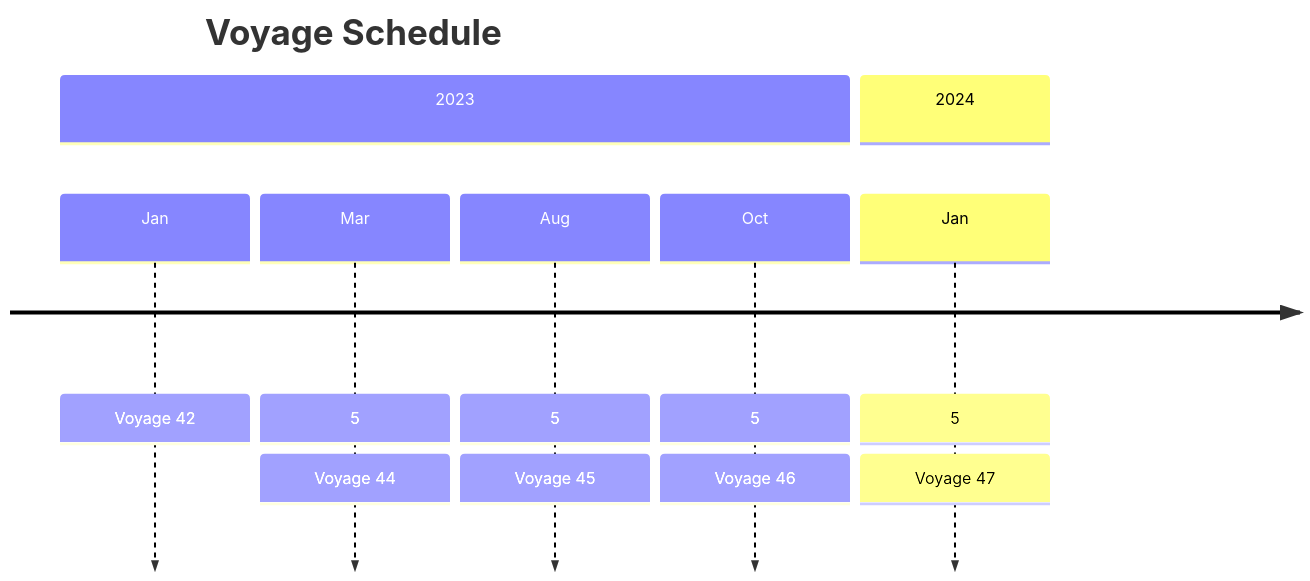
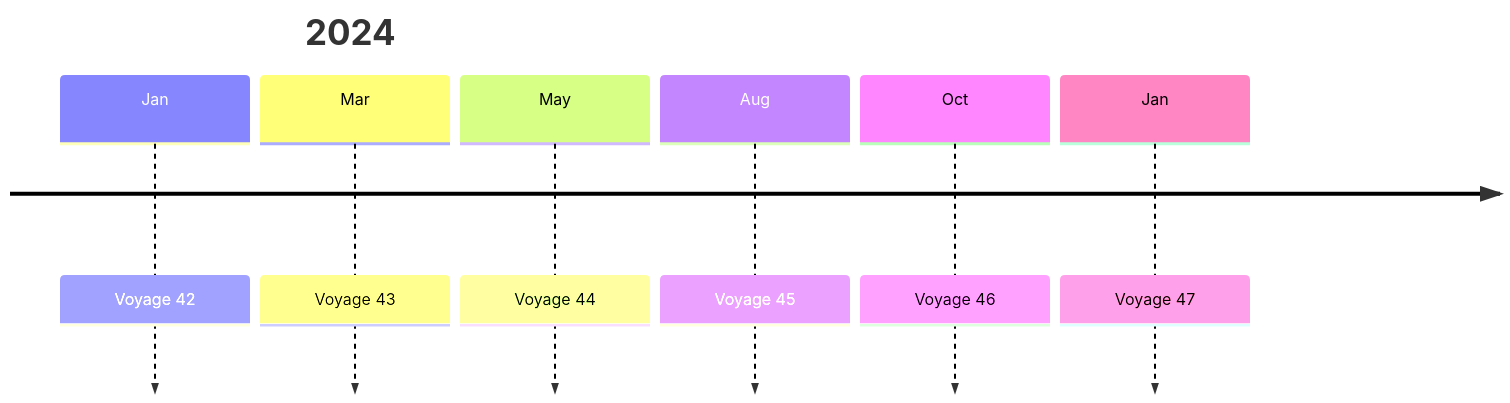
Before and after one commit to chingu-voyages/Handbook: the first of 2 diagrams in docs/guides/voyage.md, drawn with Mermaid.

Commit message:
Feature: Update Voyage schedule [WIP]

````diff
--- a/docs/guides/voyage.md
+++ b/docs/guides/voyage.md
@@ -17,19 +17,11 @@
 ```mermaid
 timeline
     title 2023
     Jan : Voyage 42
     Mar : Voyage 43
     May : Voyage 44
     Aug : Voyage 45
     Oct : Voyage 46
-
-journey
-    title Voyage Schedule
-      section 2023
-        Jan: Voyage 42
-        Mar: 5: Voyage 44
-        Aug: 5: Voyage 45
-        Oct: 5: Voyage 46
-      section 2024
-        Jan: 5: Voyage 47
-```  
+    title 2024
+    Jan : Voyage 47
+```
````
